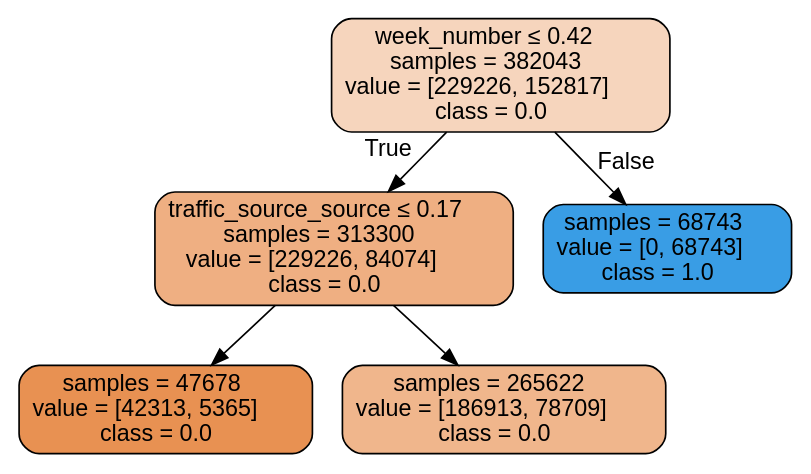
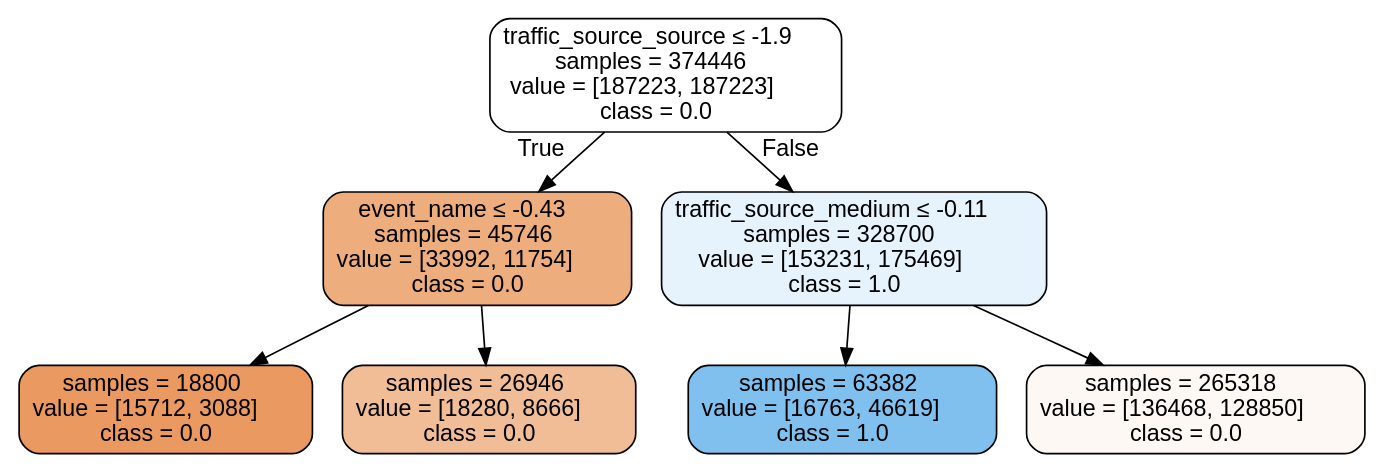
Before and after one commit to jvanalytics/ist_dash_2024_rec: the diagram in notebooks/google_merch_store/images/df_merch_final_dt_precision_best_tree.dot, drawn with Graphviz. The commit also changed 53 other files, not shown here.

```diff
--- a/notebooks/google_merch_store/images/df_merch_final_dt_precision_best_tree.dot
+++ b/notebooks/google_merch_store/images/df_merch_final_dt_precision_best_tree.dot
@@ -1,13 +1,17 @@
 digraph Tree {
 node [shape=box, style="filled, rounded", color="black", fontname="helvetica"] ;
 edge [fontname="helvetica"] ;
-0 [label=<week_number &le; 0.42<br/>samples = 382043<br/>value = [229226, 152817]<br/>class = 0.0>, fillcolor="#f6d5bd"] ;
-1 [label=<traffic_source_source &le; 0.17<br/>samples = 313300<br/>value = [229226, 84074]<br/>class = 0.0>, fillcolor="#efaf82"] ;
+0 [label=<traffic_source_source &le; -1.9<br/>samples = 374446<br/>value = [187223, 187223]<br/>class = 0.0>, fillcolor="#ffffff"] ;
+1 [label=<event_name &le; -0.43<br/>samples = 45746<br/>value = [33992, 11754]<br/>class = 0.0>, fillcolor="#eead7d"] ;
 0 -> 1 [labeldistance=2.5, labelangle=45, headlabel="True"] ;
-2 [label=<samples = 47678<br/>value = [42313, 5365]<br/>class = 0.0>, fillcolor="#e89152"] ;
+2 [label=<samples = 18800<br/>value = [15712, 3088]<br/>class = 0.0>, fillcolor="#ea9a60"] ;
 1 -> 2 ;
-3 [label=<samples = 265622<br/>value = [186913, 78709]<br/>class = 0.0>, fillcolor="#f0b68c"] ;
+3 [label=<samples = 26946<br/>value = [18280, 8666]<br/>class = 0.0>, fillcolor="#f1bd97"] ;
 1 -> 3 ;
-4 [label=<samples = 68743<br/>value = [0, 68743]<br/>class = 1.0>, fillcolor="#399de5"] ;
+4 [label=<traffic_source_medium &le; -0.11<br/>samples = 328700<br/>value = [153231, 175469]<br/>class = 1.0>, fillcolor="#e6f3fc"] ;
 0 -> 4 [labeldistance=2.5, labelangle=-45, headlabel="False"] ;
+5 [label=<samples = 63382<br/>value = [16763, 46619]<br/>class = 1.0>, fillcolor="#80c0ee"] ;
+4 -> 5 ;
+6 [label=<samples = 265318<br/>value = [136468, 128850]<br/>class = 0.0>, fillcolor="#fef8f4"] ;
+4 -> 6 ;
 }
```
